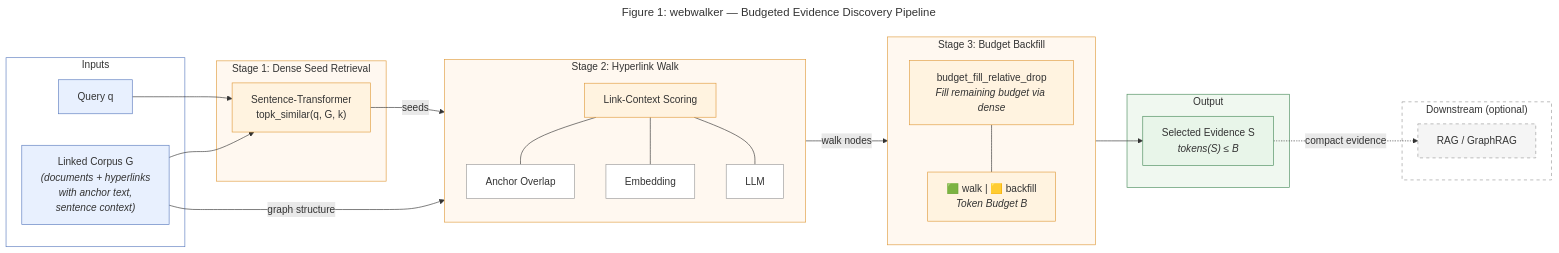
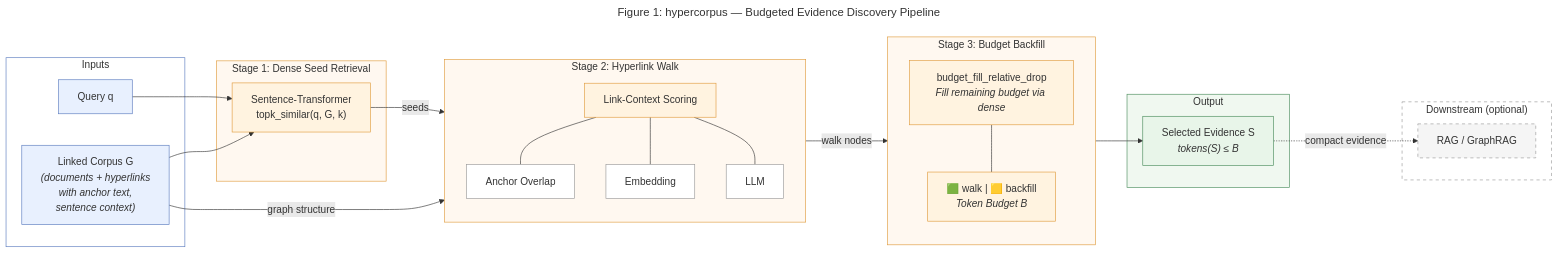
The diagram in paper/figures/architecture.mmd (Acture/hypercorpus), drawn with Mermaid before and after one commit. The commit also changed 120 other files, not shown here.

First line of the commit message:
Rename webwalker → hypercorpus; add generic inspect-store command

```diff
--- a/paper/figures/architecture.mmd
+++ b/paper/figures/architecture.mmd
@@ -1,65 +1,65 @@
 ---
-title: "Figure 1: webwalker — Budgeted Evidence Discovery Pipeline"
+title: "Figure 1: hypercorpus — Budgeted Evidence Discovery Pipeline"
 ---
 flowchart LR
     subgraph Inputs
         Q["Query q"]
         G["Linked Corpus G<br/><i>(documents + hyperlinks<br/>with anchor text,<br/>sentence context)</i>"]
     end
 
     subgraph S1["Stage 1: Dense Seed Retrieval"]
         ST["Sentence-Transformer<br/>topk_similar(q, G, k)"]
     end
 
     subgraph S2["Stage 2: Hyperlink Walk"]
         direction TB
         WALK["Link-Context Scoring"]
         SC1["Anchor Overlap"]
         SC2["Embedding"]
         SC3["LLM"]
         WALK --- SC1
         WALK --- SC2
         WALK --- SC3
     end
 
     subgraph S3["Stage 3: Budget Backfill"]
         direction TB
         FILL["budget_fill_relative_drop<br/><i>Fill remaining budget via dense</i>"]
         BAR["🟩 walk | 🟨 backfill<br/><i>Token Budget B</i>"]
         FILL --- BAR
     end
 
     subgraph Output
         OUT["Selected Evidence S<br/><i>tokens(S) ≤ B</i>"]
     end
 
     subgraph DS["Downstream (optional)"]
         RAG["RAG / GraphRAG"]
     end
 
     Q --> ST
     G --> ST
     G -- "graph structure" --> WALK
     ST -- "seeds" --> WALK
     WALK -- "walk nodes" --> FILL
     FILL --> OUT
     OUT -. "compact evidence" .-> RAG
 
     style Q fill:#e8f0fe,stroke:#5a7bbf
     style G fill:#e8f0fe,stroke:#5a7bbf
     style ST fill:#fff3e0,stroke:#e09b3d
     style WALK fill:#fff3e0,stroke:#e09b3d
     style SC1 fill:#fff,stroke:#999
     style SC2 fill:#fff,stroke:#999
     style SC3 fill:#fff,stroke:#999
     style FILL fill:#fff3e0,stroke:#e09b3d
     style BAR fill:#fff3e0,stroke:#e09b3d
     style OUT fill:#e8f5e9,stroke:#4a8c5c
     style RAG fill:#f5f5f5,stroke:#999,stroke-dasharray: 5 5
 
     style Inputs fill:none,stroke:#5a7bbf
     style S1 fill:#fff8f0,stroke:#e09b3d
     style S2 fill:#fff8f0,stroke:#e09b3d
     style S3 fill:#fff8f0,stroke:#e09b3d
     style Output fill:#f0f8f0,stroke:#4a8c5c
     style DS fill:none,stroke:#999,stroke-dasharray: 5 5
```
